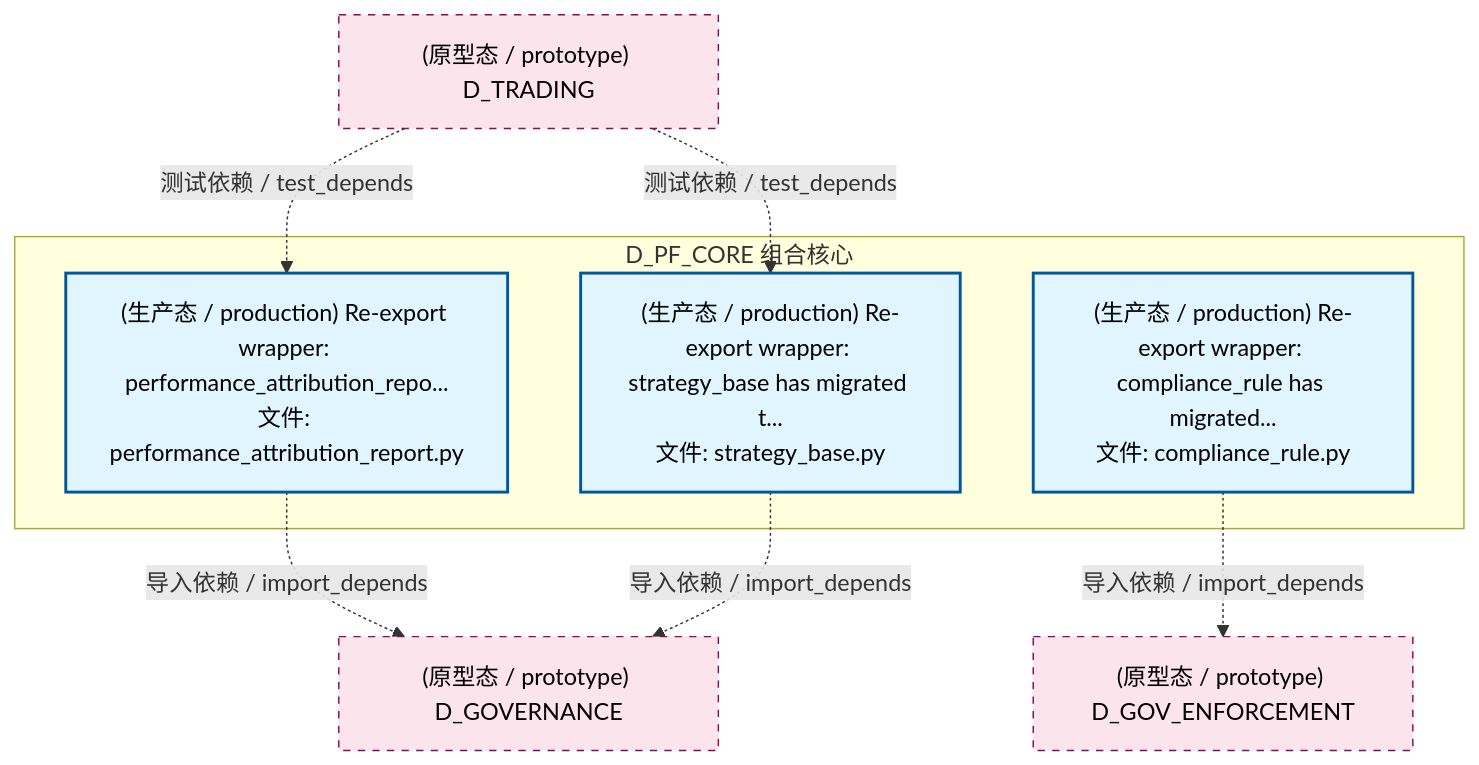
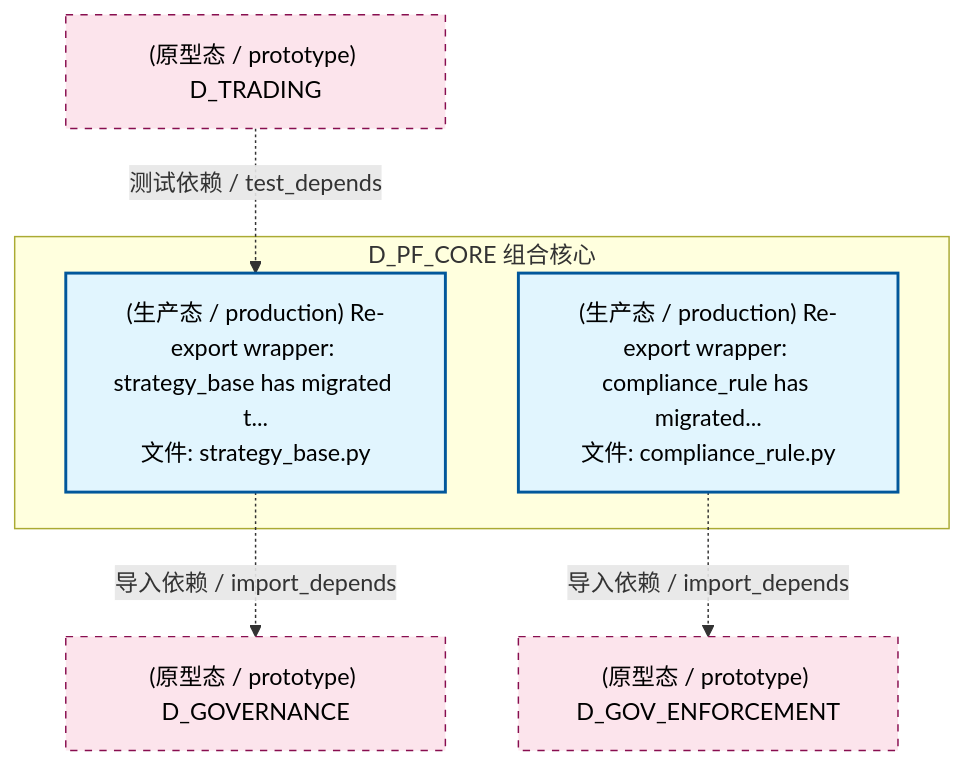
The second of 4 diagrams in docs/02_enterprise_architecture/02_domain_architecture_docs/52_d_pf_core.md (xuanFelixVan/ZephyrAlpha), drawn with Mermaid before and after one commit. The commit also changed other lines of this file and 126 other files, not shown here.

````diff
--- a/docs/02_enterprise_architecture/02_domain_architecture_docs/52_d_pf_core.md
+++ b/docs/02_enterprise_architecture/02_domain_architecture_docs/52_d_pf_core.md
@@ -120,22 +116,19 @@
 ```mermaid
 graph TD
     subgraph D_PF_CORE["D_PF_CORE 组合核心"]
         src_zephyr_pf_core_compliance_rule_py["(生产态 / production) Re-export wrapper: compliance_rule has migrated...<br/>文件: compliance_rule.py"]
-        src_zephyr_pf_core_performance_attribution_report_py["(生产态 / production) Re-export wrapper: performance_attribution_repo...<br/>文件: performance_attribution_report.py"]
         src_zephyr_pf_core_strategy_base_py["(生产态 / production) Re-export wrapper: strategy_base has migrated t...<br/>文件: strategy_base.py"]
     end
     D_GOVERNANCE["(原型态 / prototype) D_GOVERNANCE"]
-    src_zephyr_pf_core_performance_attribution_report_py -.->|导入依赖 / import_depends| D_GOVERNANCE
     src_zephyr_pf_core_strategy_base_py -.->|导入依赖 / import_depends| D_GOVERNANCE
     D_GOV_ENFORCEMENT["(原型态 / prototype) D_GOV_ENFORCEMENT"]
     src_zephyr_pf_core_compliance_rule_py -.->|导入依赖 / import_depends| D_GOV_ENFORCEMENT
     D_TRADING["(原型态 / prototype) D_TRADING"]
     D_TRADING -.->|测试依赖 / test_depends| src_zephyr_pf_core_strategy_base_py
-    D_TRADING -.->|测试依赖 / test_depends| src_zephyr_pf_core_performance_attribution_report_py
     classDef production fill:#e1f5fe,stroke:#01579b,stroke-width:2px,color:#000
     classDef design fill:#fff3e0,stroke:#e65100,stroke-width:2px,color:#000,stroke-dasharray: 5 5
     classDef external_prod fill:#e8f5e9,stroke:#1b5e20,stroke-width:1px,color:#000
     classDef external_design fill:#fce4ec,stroke:#880e4f,stroke-width:1px,color:#000,stroke-dasharray: 5 5
-    class src_zephyr_pf_core_compliance_rule_py,src_zephyr_pf_core_performance_attribution_report_py,src_zephyr_pf_core_strategy_base_py production
+    class src_zephyr_pf_core_compliance_rule_py,src_zephyr_pf_core_strategy_base_py production
     class D_GOVERNANCE,D_GOV_ENFORCEMENT,D_TRADING external_design
 ```
````
